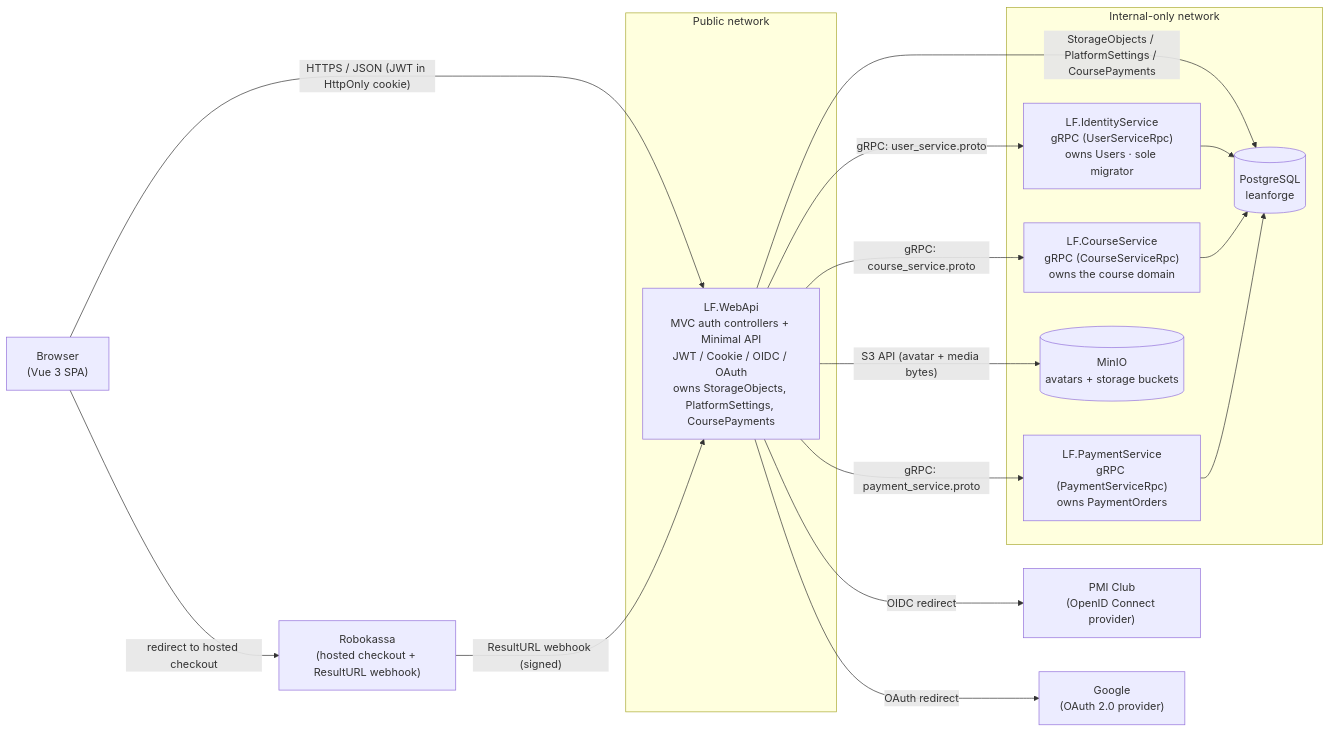
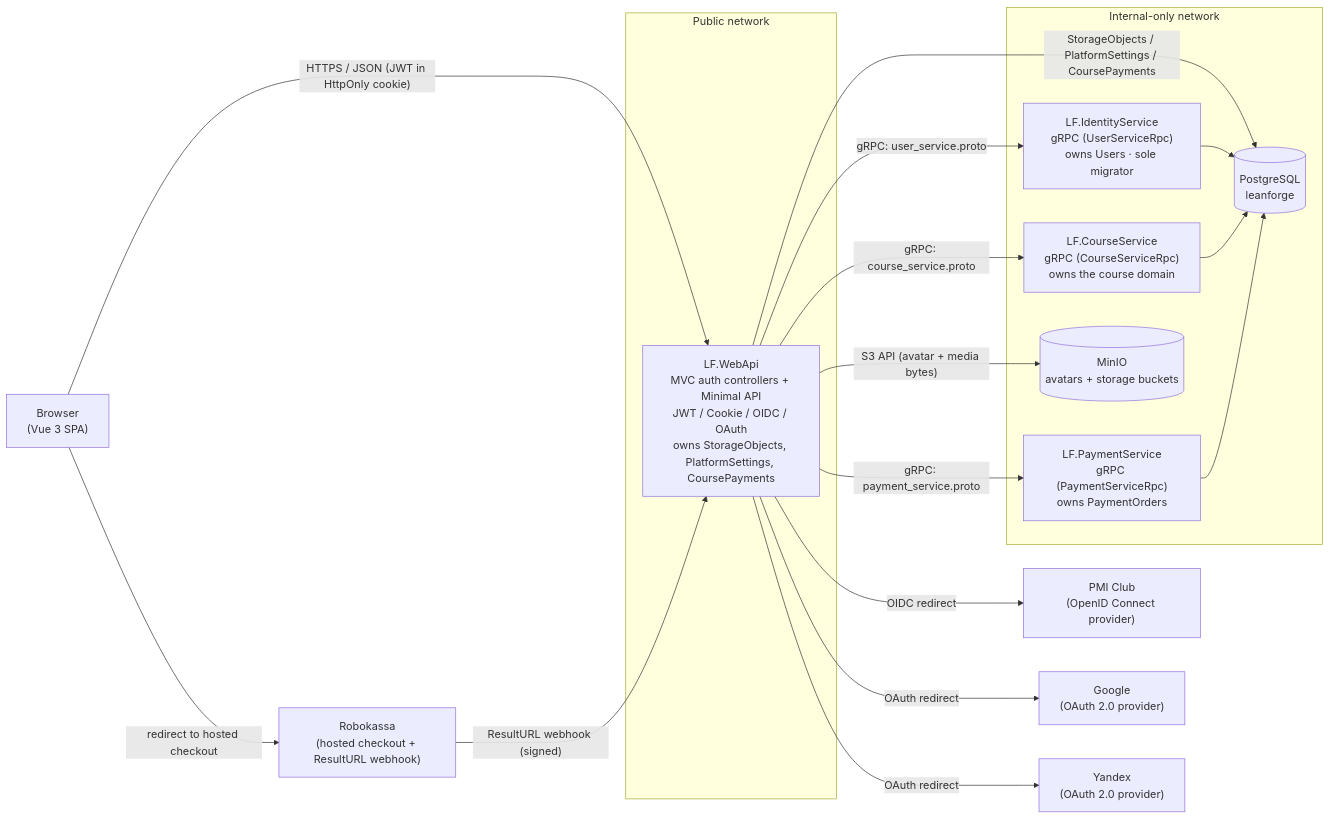
The first of 2 diagrams in Architecture.md (TopTuK/LeanForgeLMS), drawn with Mermaid before and after one commit. The commit also changed other lines of this file and 19 other files, not shown here.

````diff
--- a/Architecture.md
+++ b/Architecture.md
@@ -46,33 +46,35 @@
 ```mermaid
 graph LR
     Browser["Browser<br/>(Vue 3 SPA)"]
     PMI["PMI Club<br/>(OpenID Connect provider)"]
     Google["Google<br/>(OAuth 2.0 provider)"]
+    Yandex["Yandex<br/>(OAuth 2.0 provider)"]
     Robokassa["Robokassa<br/>(hosted checkout + ResultURL webhook)"]
 
     subgraph Public["Public network"]
         WebApi["LF.WebApi<br/>MVC auth controllers + Minimal API<br/>JWT / Cookie / OIDC / OAuth<br/>owns StorageObjects, PlatformSettings, CoursePayments"]
     end
 
     subgraph Internal["Internal-only network"]
         IdentitySvc["LF.IdentityService<br/>gRPC (UserServiceRpc)<br/>owns Users · sole migrator"]
         CourseSvc["LF.CourseService<br/>gRPC (CourseServiceRpc)<br/>owns the course domain"]
         PaymentSvc["LF.PaymentService<br/>gRPC (PaymentServiceRpc)<br/>owns PaymentOrders"]
         Postgres[("PostgreSQL<br/>leanforge")]
         Minio[("MinIO<br/>avatars + storage buckets")]
     end
 
     Browser -- "HTTPS / JSON (JWT in HttpOnly cookie)" --> WebApi
     Browser -- "redirect to hosted checkout" --> Robokassa
     Robokassa -- "ResultURL webhook (signed)" --> WebApi
     WebApi -- "OIDC redirect" --> PMI
     WebApi -- "OAuth redirect" --> Google
+    WebApi -- "OAuth redirect" --> Yandex
     WebApi -- "gRPC: user_service.proto" --> IdentitySvc
     WebApi -- "gRPC: course_service.proto" --> CourseSvc
     WebApi -- "gRPC: payment_service.proto" --> PaymentSvc
     WebApi -- "S3 API (avatar + media bytes)" --> Minio
     WebApi -- "StorageObjects / PlatformSettings / CoursePayments" --> Postgres
     IdentitySvc --> Postgres
     CourseSvc --> Postgres
     PaymentSvc --> Postgres
 ```
````
